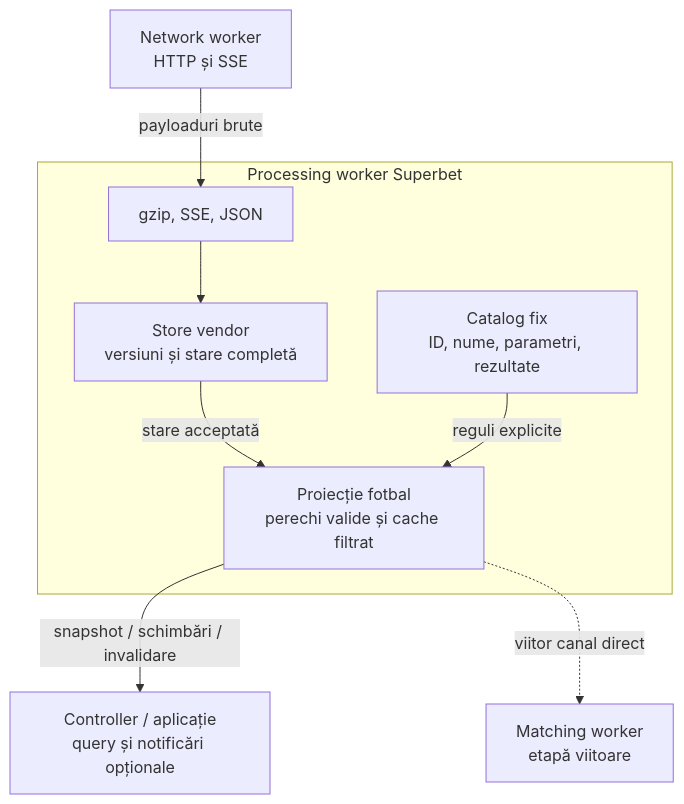
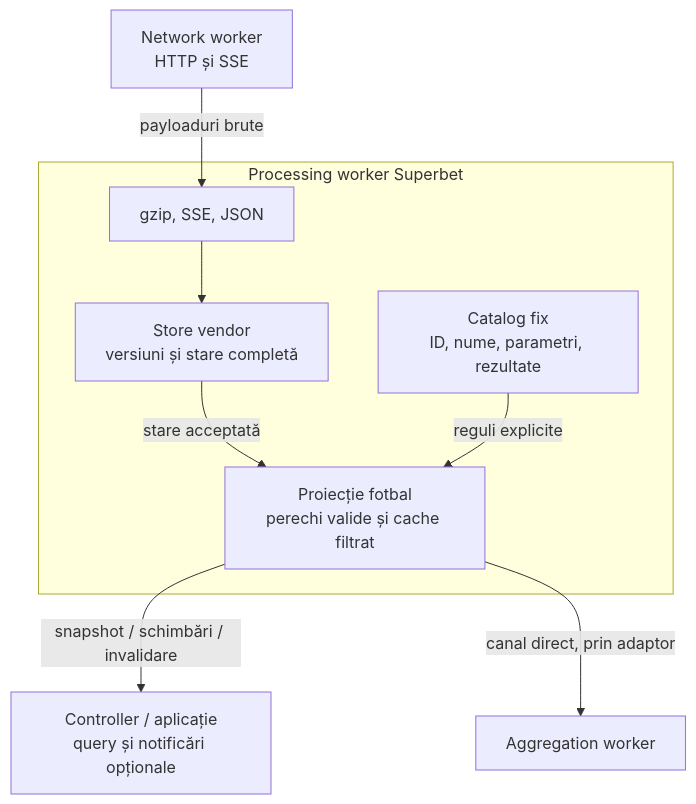
The first of 2 diagrams in docs/SUPERBET-FOOTBALL.md (CristiCP/Advanced-Betting-System), drawn with Mermaid before and after one commit. The commit also changed other lines of this file and 52 other files, not shown here.

First line of the commit message:
Add football aggregation: market mapping, event matching, and arbitrage detection

````diff
--- a/docs/SUPERBET-FOOTBALL.md
+++ b/docs/SUPERBET-FOOTBALL.md
@@ -11,18 +11,18 @@
 ```mermaid
 flowchart TB
     N["Network worker<br/>HTTP și SSE"]
     subgraph P["Processing worker Superbet"]
         D["gzip, SSE, JSON"]
         S["Store vendor<br/>versiuni și stare completă"]
         C["Catalog fix<br/>ID, nume, parametri, rezultate"]
         F["Proiecție fotbal<br/>perechi valide și cache filtrat"]
         D --> S
         S -->|"stare acceptată"| F
         C -->|"reguli explicite"| F
     end
     A["Controller / aplicație<br/>query și notificări opționale"]
-    M["Matching worker<br/>etapă viitoare"]
+    M["Aggregation worker"]
     N -->|"payloaduri brute"| D
     F -->|"snapshot / schimbări / invalidare"| A
-    F -.->|"viitor canal direct"| M
+    F -->|"canal direct, prin adaptor"| M
 ```
````
